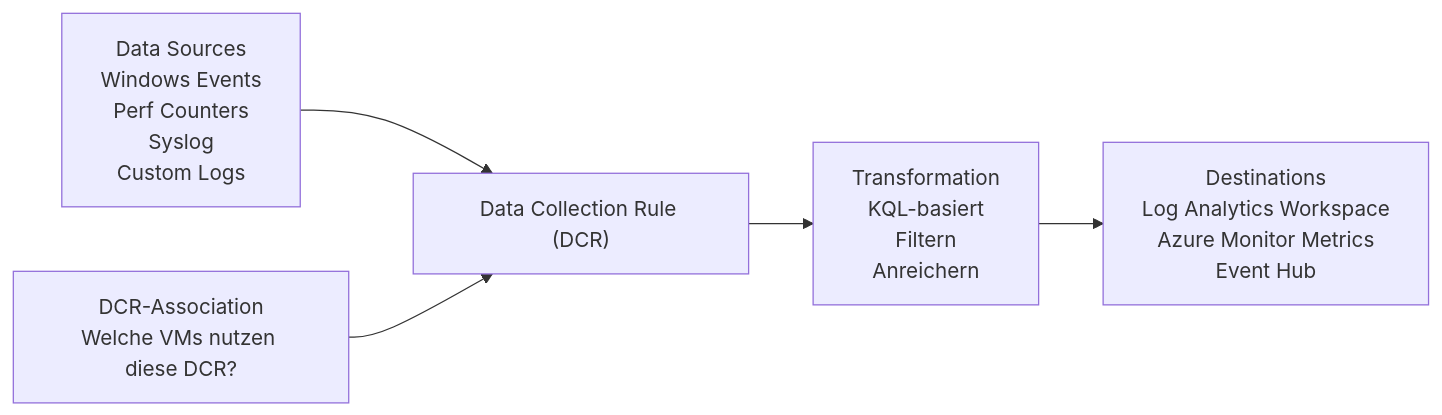
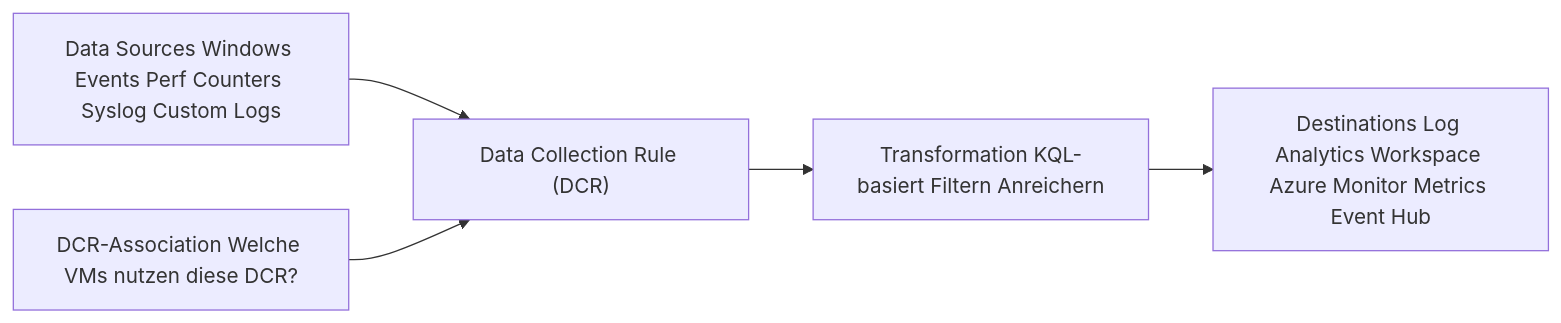
One commit to SoniiiT/notes-n-docs changed the third of 6 diagrams in Microsoft 365/Azure/Monitor und Management/Azure Monitor Agent.md. Above: the diagram before and after it, drawn with Mermaid. The commit also changed other lines of this file and 124 other files, not shown here.

First line of the commit message:
fix: Entferne \n aus allen Mermaid-Diagrammen (125 Dateien)

````diff
--- a/Microsoft 365/Azure/Monitor und Management/Azure Monitor Agent.md
+++ b/Microsoft 365/Azure/Monitor und Management/Azure Monitor Agent.md
@@ -80,13 +80,13 @@
 ```mermaid
 graph LR
     DCR["Data Collection Rule (DCR)"]
-    DS["Data Sources\nWindows Events\nPerf Counters\nSyslog\nCustom Logs"]
-    Trans["Transformation\nKQL-basiert\nFiltern\nAnreichern"]
-    Dest["Destinations\nLog Analytics Workspace\nAzure Monitor Metrics\nEvent Hub"]
-    Assoc["DCR-Association\nWelche VMs nutzen diese DCR?"]
+    DS["Data Sources Windows Events Perf Counters Syslog Custom Logs"]
+    Trans["Transformation KQL-basiert Filtern Anreichern"]
+    Dest["Destinations Log Analytics Workspace Azure Monitor Metrics Event Hub"]
+    Assoc["DCR-Association Welche VMs nutzen diese DCR?"]
 
     DS --> DCR
     DCR --> Trans
     Trans --> Dest
     Assoc --> DCR
 ```
````
